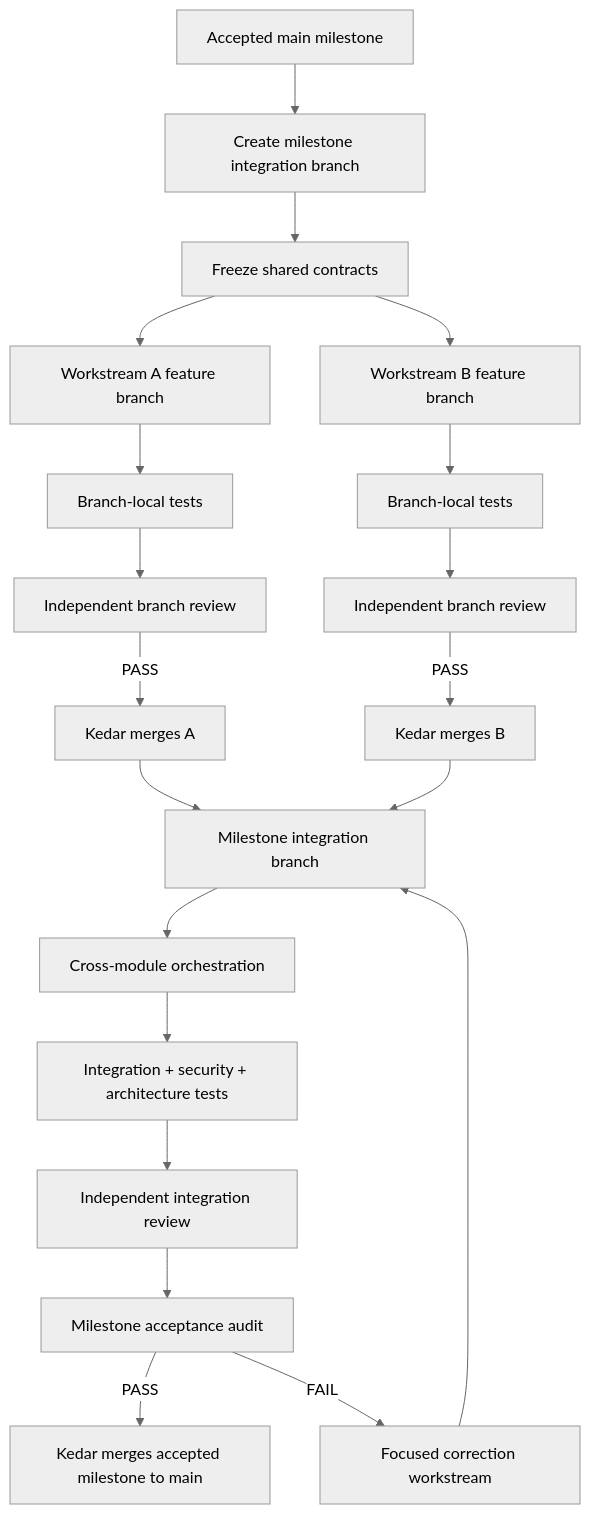
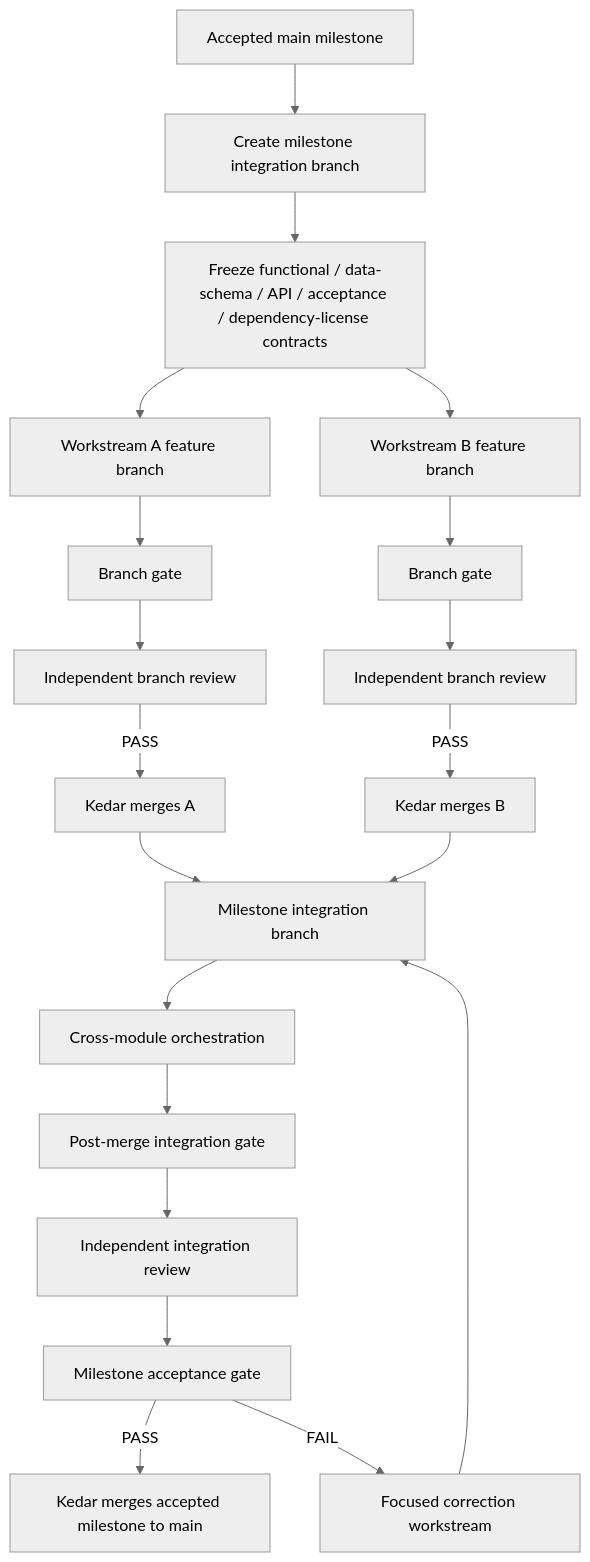
The diagram in flows/21_PARALLEL_DEVELOPMENT.md (Kedar-Joshi07/IPSP), drawn with Mermaid (neutral theme) before and after one commit. The commit also changed 43 other files, not shown here.

````diff
--- a/flows/21_PARALLEL_DEVELOPMENT.md
+++ b/flows/21_PARALLEL_DEVELOPMENT.md
@@ -3,28 +3,28 @@
 ```mermaid
 flowchart TD
     MAIN[Accepted main milestone] --> INT[Create milestone integration branch]
-    INT --> CF[Freeze shared contracts]
+    INT --> CF[Freeze functional / data-schema / API / acceptance / dependency-license contracts]
     CF --> A[Workstream A feature branch]
     CF --> B[Workstream B feature branch]
 
-    A --> AT[Branch-local tests]
-    B --> BT[Branch-local tests]
+    A --> AT[Branch gate]
+    B --> BT[Branch gate]
 
     AT --> AR[Independent branch review]
     BT --> BR[Independent branch review]
 
     AR -->|PASS| AM[Kedar merges A]
     BR -->|PASS| BM[Kedar merges B]
 
     AM --> IM[Milestone integration branch]
     BM --> IM
 
     IM --> ORCH[Cross-module orchestration]
-    ORCH --> IT[Integration + security + architecture tests]
+    ORCH --> IT[Post-merge integration gate]
     IT --> IR[Independent integration review]
-    IR --> AUD[Milestone acceptance audit]
+    IR --> AUD[Milestone acceptance gate]
 
     AUD -->|PASS| PROMOTE[Kedar merges accepted milestone to main]
     AUD -->|FAIL| FIX[Focused correction workstream]
     FIX --> IM
 ```
````
